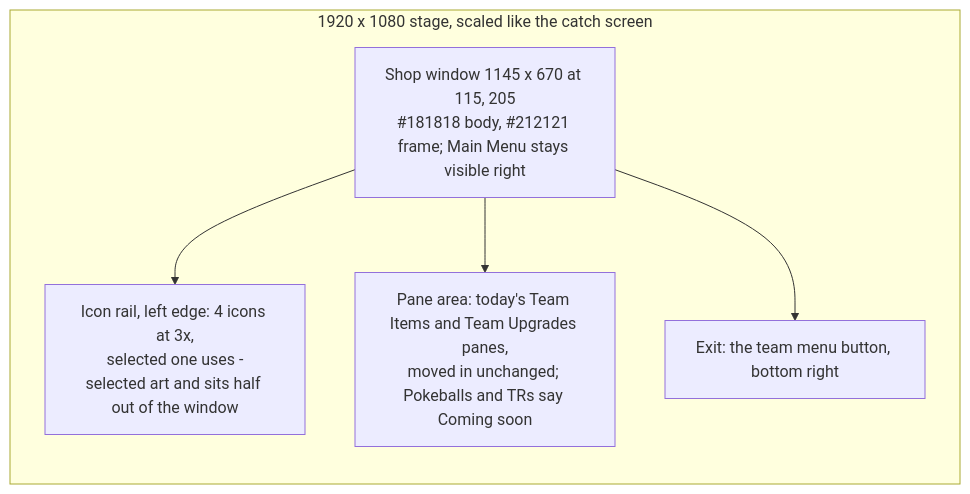
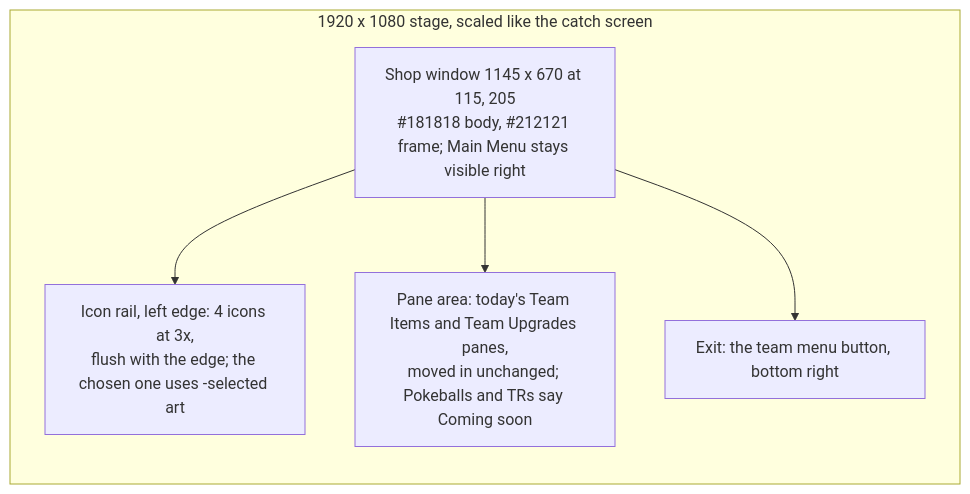
One commit to Jess-Rivera/pokesurvivor_fork changed the third of 3 diagrams in docs/ASCII Concept Maps/149 - Shop Rework Opening.md. Above: the diagram before and after it, drawn with Mermaid. The commit also changed other lines of this file and 4 other files, not shown here.

````diff
--- a/docs/ASCII Concept Maps/149 - Shop Rework Opening.md
+++ b/docs/ASCII Concept Maps/149 - Shop Rework Opening.md
@@ -72,9 +72,9 @@
 ```mermaid
 flowchart LR
   subgraph STAGE[1920 x 1080 stage, scaled like the catch screen]
     W[Shop window 1145 x 670 at 115, 205<br/>#181818 body, #212121 frame; Main Menu stays visible right]
-    W --> R[Icon rail, left edge: 4 icons at 3x,<br/>selected one uses -selected art and sits half out of the window]
+    W --> R[Icon rail, left edge: 4 icons at 3x,<br/>flush with the edge; the chosen one uses -selected art]
     W --> P[Pane area: today's Team Items and Team Upgrades panes,<br/>moved in unchanged; Pokeballs and TRs say Coming soon]
     W --> X[Exit: the team menu button, bottom right]
   end
 ```
````
